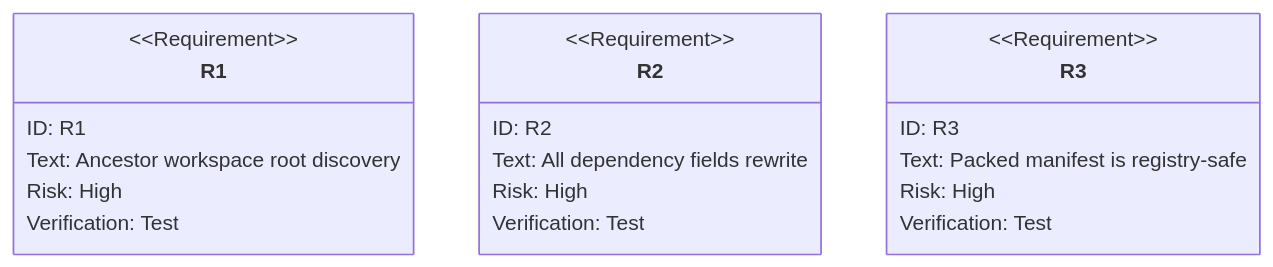
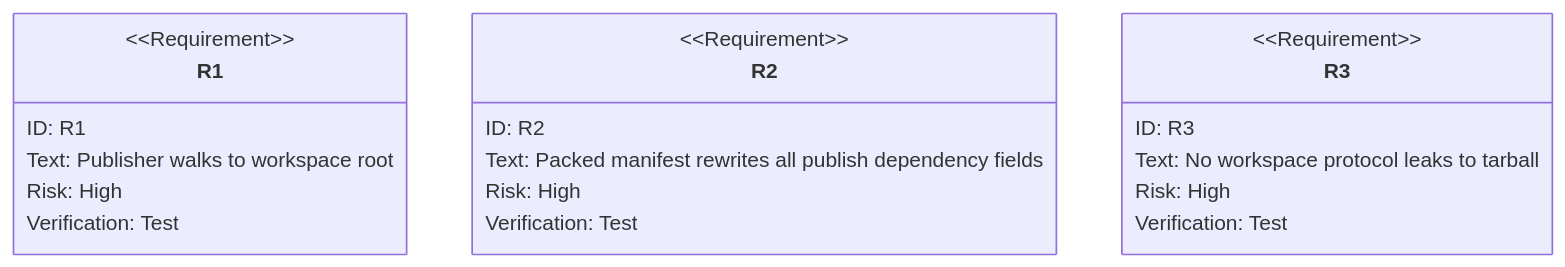
Before and after one commit to chrischeng-c4/axiom: the second of 2 diagrams in .aw/tech-design/projects/jet/logic/jet-pack-publish-workspace-dependencies-are-not-rewritten-to-rea.md, drawn with Mermaid. The commit also changed other lines of this file, not shown here.

Commit message:
td(802) — contract section: unit-test
Lifecycle-Slug: 802
Work-Item: 802
Lifecycle-Stage: Td-Section
Lifecycle-Phase: td_contract_in_progress
Lifecycle-Pass: contract
TD-Section: unit-test
Previous-Phase: td_contract_in_progress
Next-Phase: td_contract_in_progress
Next-Command: aw td create

````diff
--- a/.aw/tech-design/projects/jet/logic/jet-pack-publish-workspace-dependencies-are-not-rewritten-to-rea.md
+++ b/.aw/tech-design/projects/jet/logic/jet-pack-publish-workspace-dependencies-are-not-rewritten-to-rea.md
@@ -59,37 +59,37 @@
 ```mermaid
 ---
-id: jet-pack-publish-workspace-deps-tests
+id: jet-pack-publish-workspace-deps-contract-tests
 requirements:
   R1:
-    text: "pack/publish discovers the workspace root when invoked from a package directory."
+    text: "A Publisher created for packages/widget discovers the pnpm workspace declared at the temp repository root."
     risk: high
     verify: unit
   R2:
-    text: "dependencies, devDependencies, peerDependencies, and optionalDependencies rewrite workspace:* / workspace:^ / workspace:~ to package versions."
+    text: "Publisher::pack writes package/package.json with dependencies exact, peerDependencies caret, and optionalDependencies tilde ranges resolved from sibling package versions."
     risk: high
     verify: unit
   R3:
-    text: "The package.json written into the tarball contains no workspace: protocol ranges."
+    text: "The packed manifest serialization contains no workspace: literal after transformation."
     risk: high
     verify: unit
 ---
 requirementDiagram
 requirement R1 {
   id: R1
-  text: "Ancestor workspace root discovery"
+  text: "Publisher walks to workspace root"
   risk: High
   verifymethod: Test
 }
 requirement R2 {
   id: R2
-  text: "All dependency fields rewrite"
+  text: "Packed manifest rewrites all publish dependency fields"
   risk: High
   verifymethod: Test
 }
 requirement R3 {
   id: R3
-  text: "Packed manifest is registry-safe"
+  text: "No workspace protocol leaks to tarball"
   risk: High
   verifymethod: Test
 }
 ```
````
